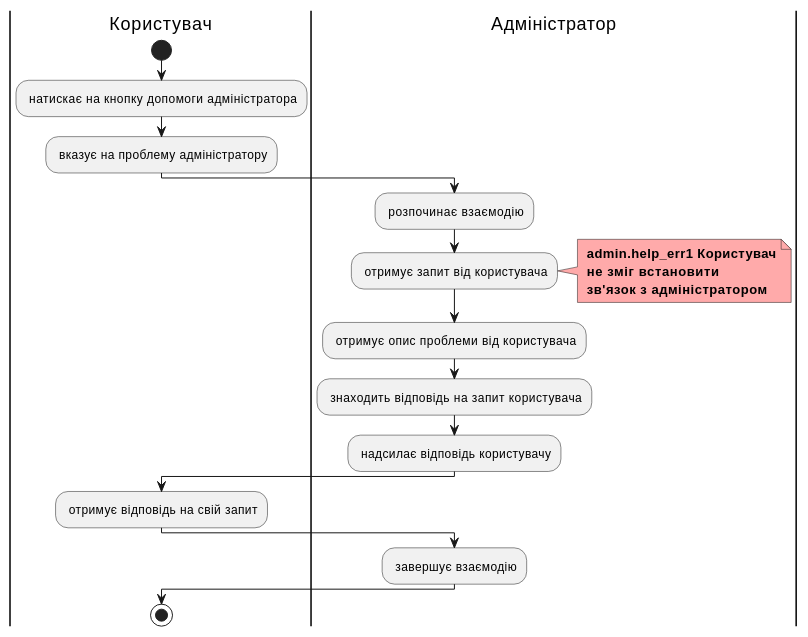
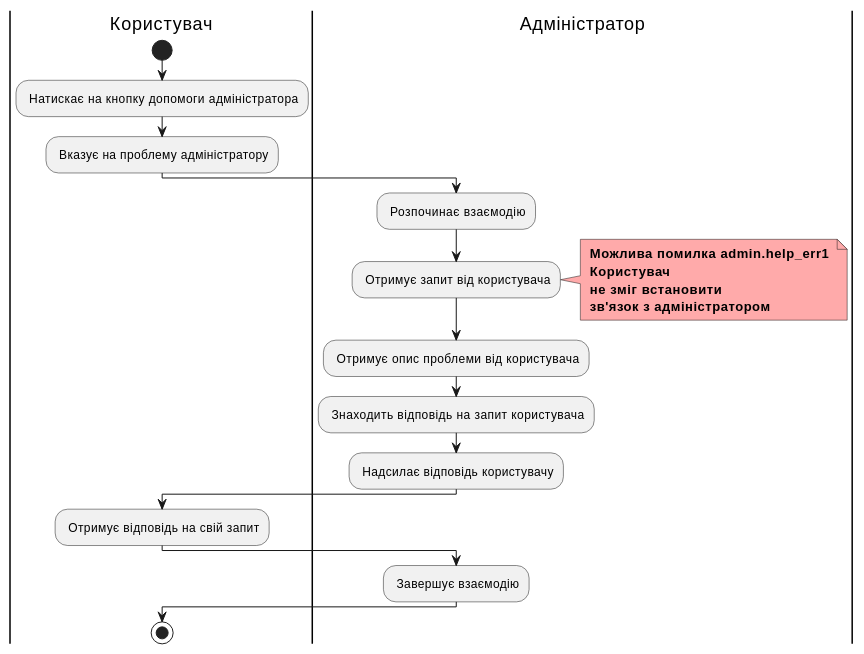
Before and after one commit to romalitv/db-course-work: the seventh of 10 diagrams in docs/use cases/README.md, drawn with PlantUML. The commit also changed other lines of this file and 2 other files, not shown here.

```diff
--- a/docs/use cases/README.md
+++ b/docs/use cases/README.md
@@ -216,23 +319,24 @@
 @startuml
     |Користувач|
         start
-        : натискає на кнопку допомоги адміністратора;
-        : вказує на проблему адміністратору;
+        : Натискає на кнопку допомоги адміністратора;
+        : Вказує на проблему адміністратору;
     |Адміністратор|
-        : розпочинає взаємодію;
-        : отримує запит від користувача;
+        : Розпочинає взаємодію;
+        : Отримує запит від користувача;
         note right #ffaaaa
-        <b> admin.help_err1 Користувач
+        <b> Можлива помилка admin.help_err1 
+        <b> Користувач
         <b> не зміг встановити 
         <b> зв'язок з адміністратором
         end note
-        : отримує опис проблеми від користувача;
-        : знаходить відповідь на запит користувача;
-        : надсилає відповідь користувачу;
+        : Отримує опис проблеми від користувача;
+        : Знаходить відповідь на запит користувача;
+        : Надсилає відповідь користувачу;
     |Користувач|
-        : отримує відповідь на свій запит;
+        : Отримує відповідь на свій запит;
     |Адміністратор|
-        : завершує взаємодію;
+        : Завершує взаємодію;
     |Користувач|
         stop;
 @enduml
```
